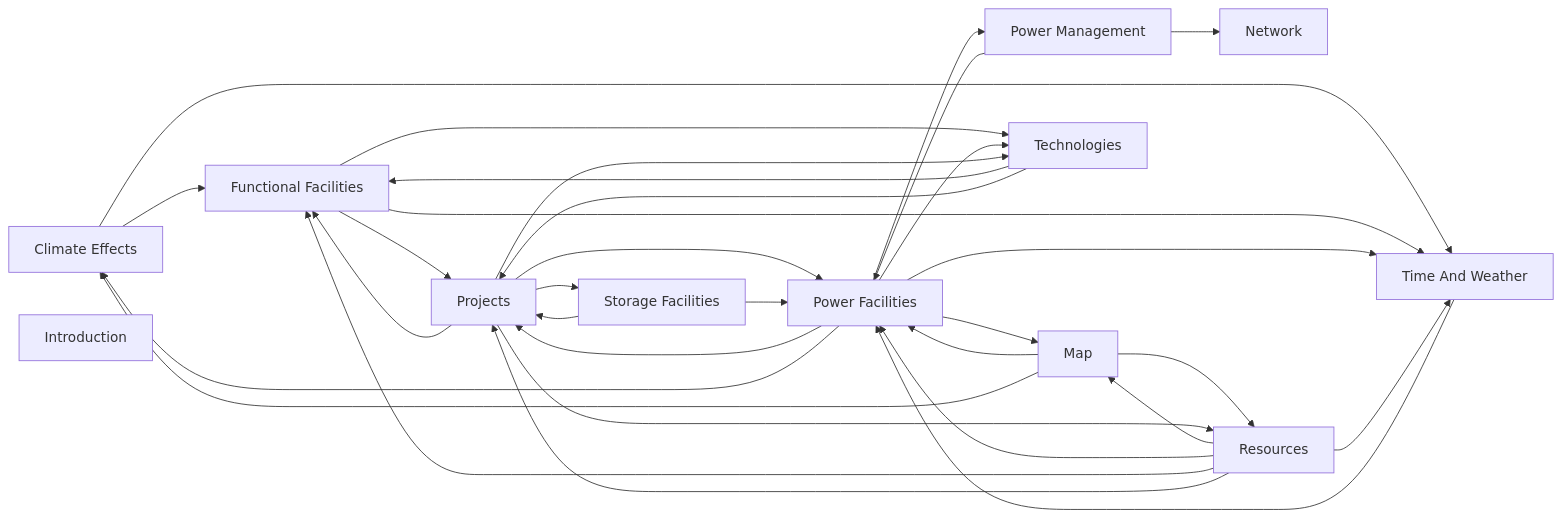
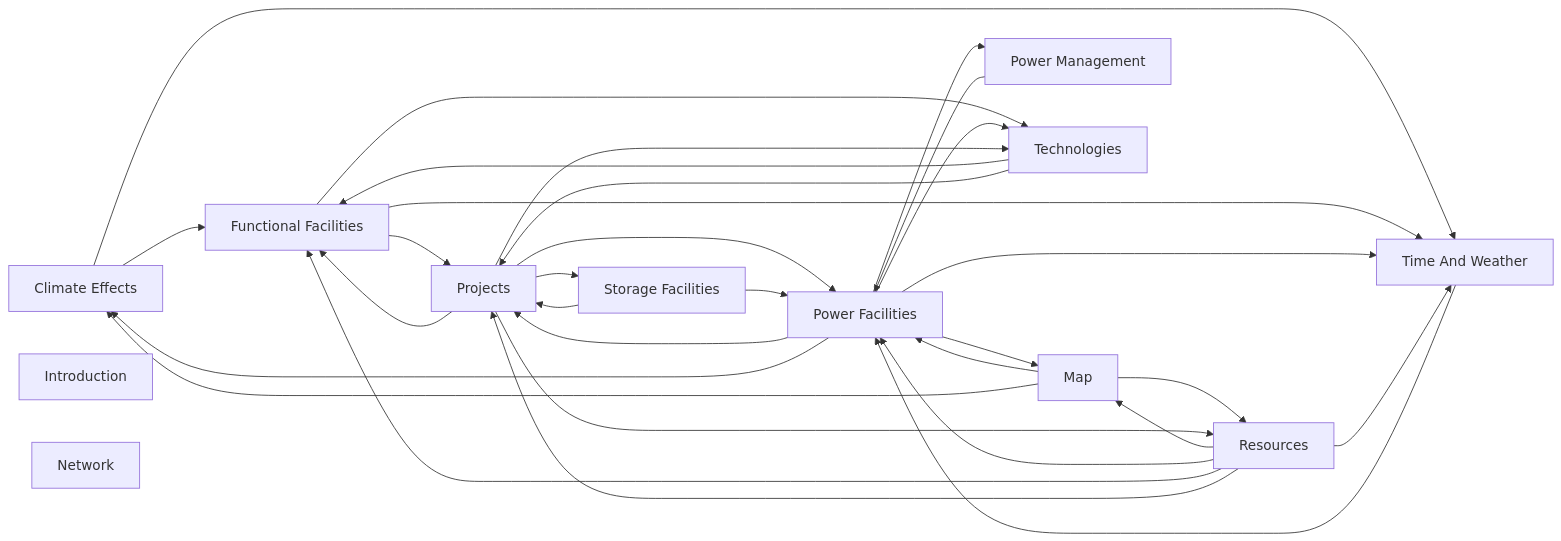
The first of 2 diagrams in wiki-links.md (felixvonsamson/Energetica), drawn with Mermaid before and after one commit. The commit also changed other lines of this file and 105 other files, not shown here.

````diff
--- a/wiki-links.md
+++ b/wiki-links.md
@@ -58,47 +68,46 @@
 ```mermaid
 flowchart LR
     climate_effects["Climate Effects"]
     functional_facilities["Functional Facilities"]
     introduction["Introduction"]
     map["Map"]
     network["Network"]
     power_facilities["Power Facilities"]
     power_management["Power Management"]
     projects["Projects"]
     resources["Resources"]
     storage_facilities["Storage Facilities"]
     technologies["Technologies"]
     time_and_weather["Time And Weather"]
 
     climate_effects --> functional_facilities
     climate_effects --> time_and_weather
     functional_facilities --> projects
     functional_facilities --> time_and_weather
     functional_facilities --> technologies
     map --> power_facilities
     map --> resources
     map --> climate_effects
     power_facilities --> technologies
     power_facilities --> projects
     power_facilities --> time_and_weather
     power_facilities --> map
     power_facilities --> power_management
     power_facilities --> climate_effects
     power_management --> power_facilities
-    power_management --> network
     projects --> power_facilities
     projects --> storage_facilities
     projects --> resources
     projects --> functional_facilities
     projects --> technologies
     resources --> map
     resources --> power_facilities
     resources --> functional_facilities
     resources --> projects
     resources --> time_and_weather
     storage_facilities --> projects
     storage_facilities --> power_facilities
     technologies --> functional_facilities
     technologies --> projects
     time_and_weather --> power_facilities
 ```
````
